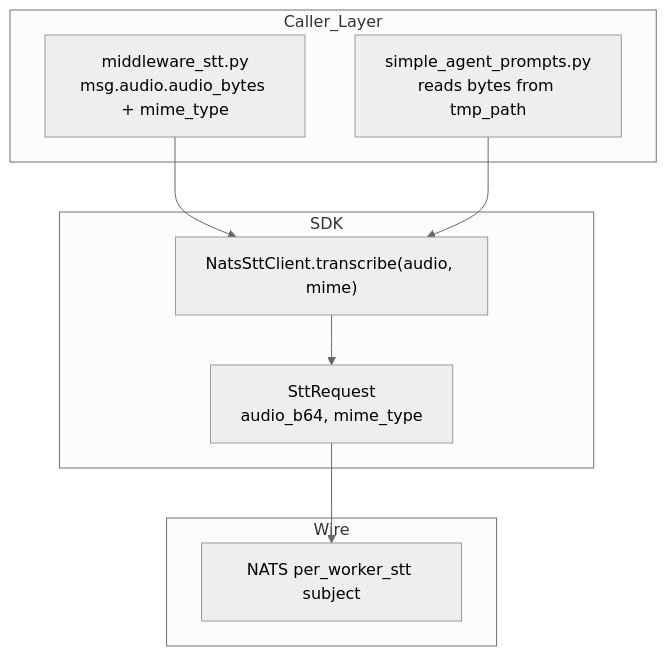
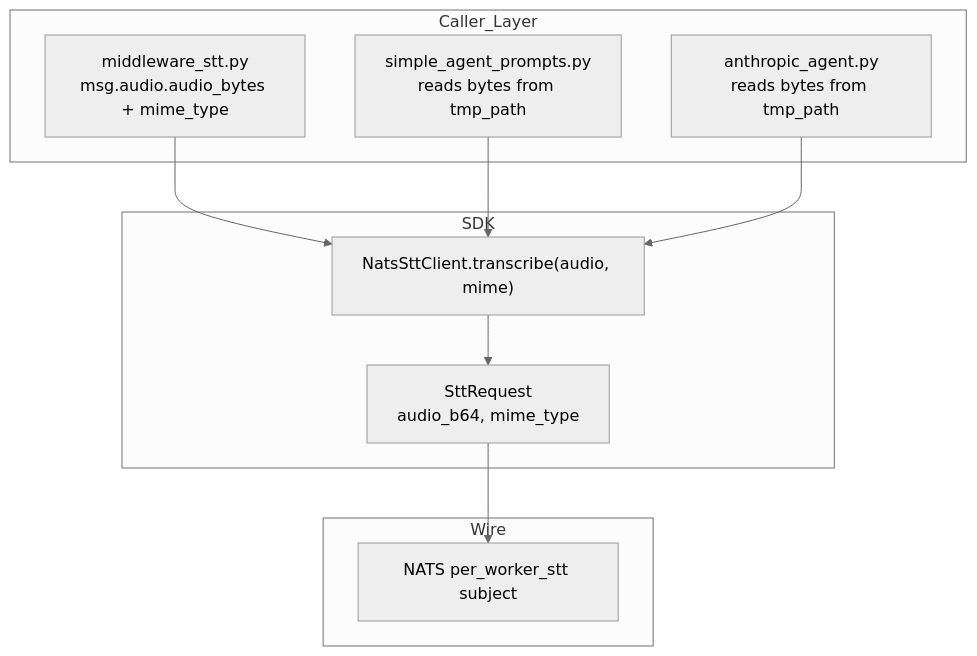
The first of 2 diagrams in artifacts/plans/852-transcribe-bytes-signature-plan.mdx (Roxabi/lyra), drawn with Mermaid (neutral theme) before and after one commit. The commit also changed other lines of this file and 11 other files, not shown here.

````diff
--- a/artifacts/plans/852-transcribe-bytes-signature-plan.mdx
+++ b/artifacts/plans/852-transcribe-bytes-signature-plan.mdx
@@ -18,20 +18,22 @@
 ```mermaid
 flowchart TD
     subgraph Caller_Layer
         MW[middleware_stt.py<br/>msg.audio.audio_bytes + mime_type]
         SAP[simple_agent_prompts.py<br/>reads bytes from tmp_path]
+        AA[anthropic_agent.py<br/>reads bytes from tmp_path]
     end
 
     subgraph SDK
         NSC["NatsSttClient.transcribe(audio, mime)"]
         SR[SttRequest<br/>audio_b64, mime_type]
     end
 
     subgraph Wire
         NATS[NATS per_worker_stt subject]
     end
 
     MW --> NSC
     SAP --> NSC
+    AA --> NSC
     NSC --> SR --> NATS
 ```
````
